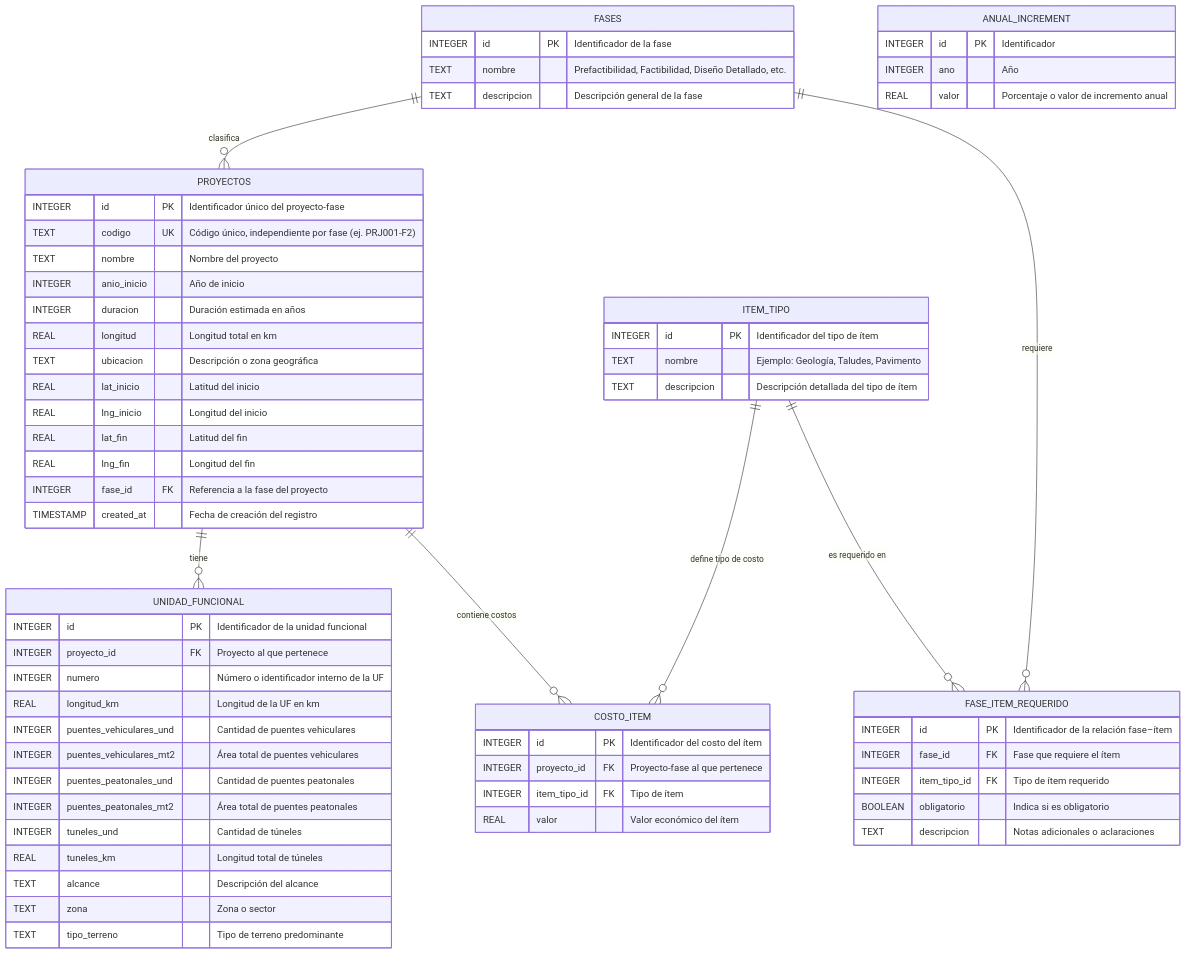
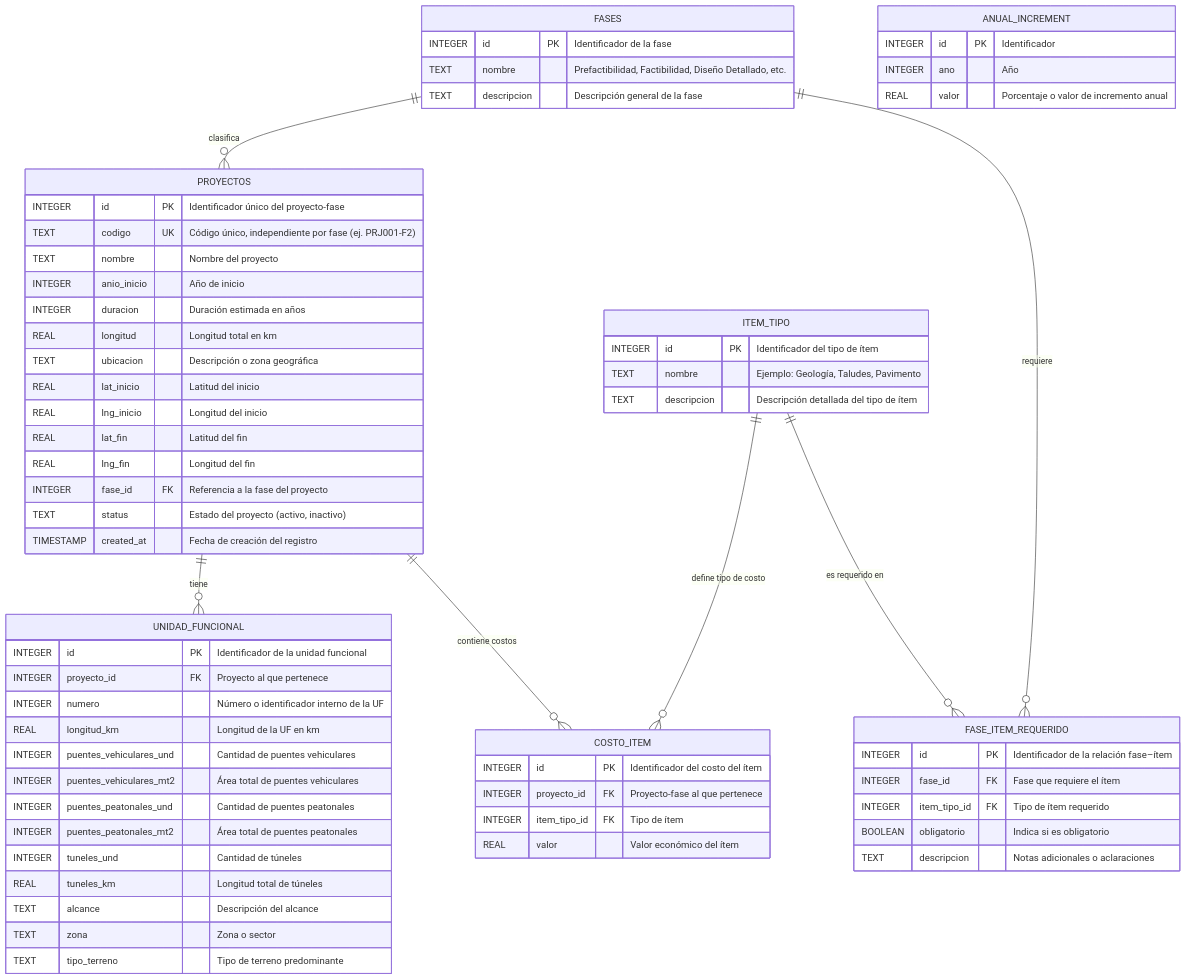
Before and after one commit to datascienceingetec/Road-Project-Prediction: the diagram in backend/docs/DB_SCHEMA.md, drawn with Mermaid. The commit also changed 13 other files, not shown here.

````diff
--- a/backend/docs/DB_SCHEMA.md
+++ b/backend/docs/DB_SCHEMA.md
@@ -1,81 +1,82 @@
 ``` mermaid
 ---
 config:
   layout: dagre
 ---
 erDiagram
     direction TB
 
     PROYECTOS {
         INTEGER id PK "Identificador único del proyecto-fase"
         TEXT codigo UK "Código único, independiente por fase (ej. PRJ001-F2)"
         TEXT nombre "Nombre del proyecto"
         INTEGER anio_inicio "Año de inicio"
         INTEGER duracion "Duración estimada en años"
         REAL longitud "Longitud total en km"
         TEXT ubicacion "Descripción o zona geográfica"
         REAL lat_inicio "Latitud del inicio"
         REAL lng_inicio "Longitud del inicio"
         REAL lat_fin "Latitud del fin"
         REAL lng_fin "Longitud del fin"
         INTEGER fase_id FK "Referencia a la fase del proyecto"
+        TEXT status "Estado del proyecto (activo, inactivo)"
         TIMESTAMP created_at "Fecha de creación del registro"
     }
 
     FASES {
         INTEGER id PK "Identificador de la fase"
         TEXT nombre "Prefactibilidad, Factibilidad, Diseño Detallado, etc."
         TEXT descripcion "Descripción general de la fase"
     }
 
     UNIDAD_FUNCIONAL {
         INTEGER id PK "Identificador de la unidad funcional"
         INTEGER proyecto_id FK "Proyecto al que pertenece"
         INTEGER numero "Número o identificador interno de la UF"
         REAL longitud_km "Longitud de la UF en km"
         INTEGER puentes_vehiculares_und "Cantidad de puentes vehiculares"
         INTEGER puentes_vehiculares_mt2 "Área total de puentes vehiculares"
         INTEGER puentes_peatonales_und "Cantidad de puentes peatonales"
         INTEGER puentes_peatonales_mt2 "Área total de puentes peatonales"
         INTEGER tuneles_und "Cantidad de túneles"
         REAL tuneles_km "Longitud total de túneles"
         TEXT alcance "Descripción del alcance"
         TEXT zona "Zona o sector"
         TEXT tipo_terreno "Tipo de terreno predominante"
     }
 
     ITEM_TIPO {
         INTEGER id PK "Identificador del tipo de ítem"
         TEXT nombre "Ejemplo: Geología, Taludes, Pavimento"
         TEXT descripcion "Descripción detallada del tipo de ítem"
     }
 
     FASE_ITEM_REQUERIDO {
         INTEGER id PK "Identificador de la relación fase–ítem"
         INTEGER fase_id FK "Fase que requiere el ítem"
         INTEGER item_tipo_id FK "Tipo de ítem requerido"
         BOOLEAN obligatorio "Indica si es obligatorio"
         TEXT descripcion "Notas adicionales o aclaraciones"
     }
 
     COSTO_ITEM {
         INTEGER id PK "Identificador del costo del ítem"
         INTEGER proyecto_id FK "Proyecto-fase al que pertenece"
         INTEGER item_tipo_id FK "Tipo de ítem"
         REAL valor "Valor económico del ítem"
     }
 
     ANUAL_INCREMENT {
         INTEGER id PK "Identificador"
         INTEGER ano "Año"
         REAL valor "Porcentaje o valor de incremento anual"
     }
 
     %% Relaciones
     FASES ||--o{ PROYECTOS : "clasifica"
     PROYECTOS ||--o{ UNIDAD_FUNCIONAL : "tiene"
     PROYECTOS ||--o{ COSTO_ITEM : "contiene costos"
     ITEM_TIPO ||--o{ COSTO_ITEM : "define tipo de costo"
     FASES ||--o{ FASE_ITEM_REQUERIDO : "requiere"
     ITEM_TIPO ||--o{ FASE_ITEM_REQUERIDO : "es requerido en"
 ```
````
